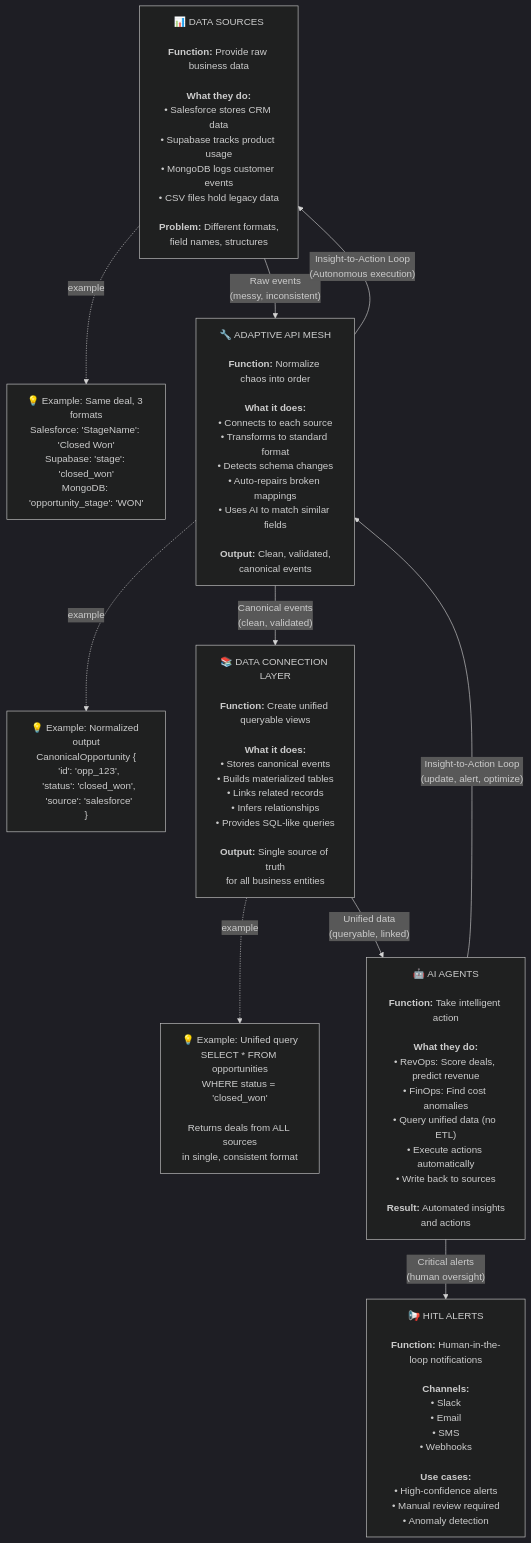
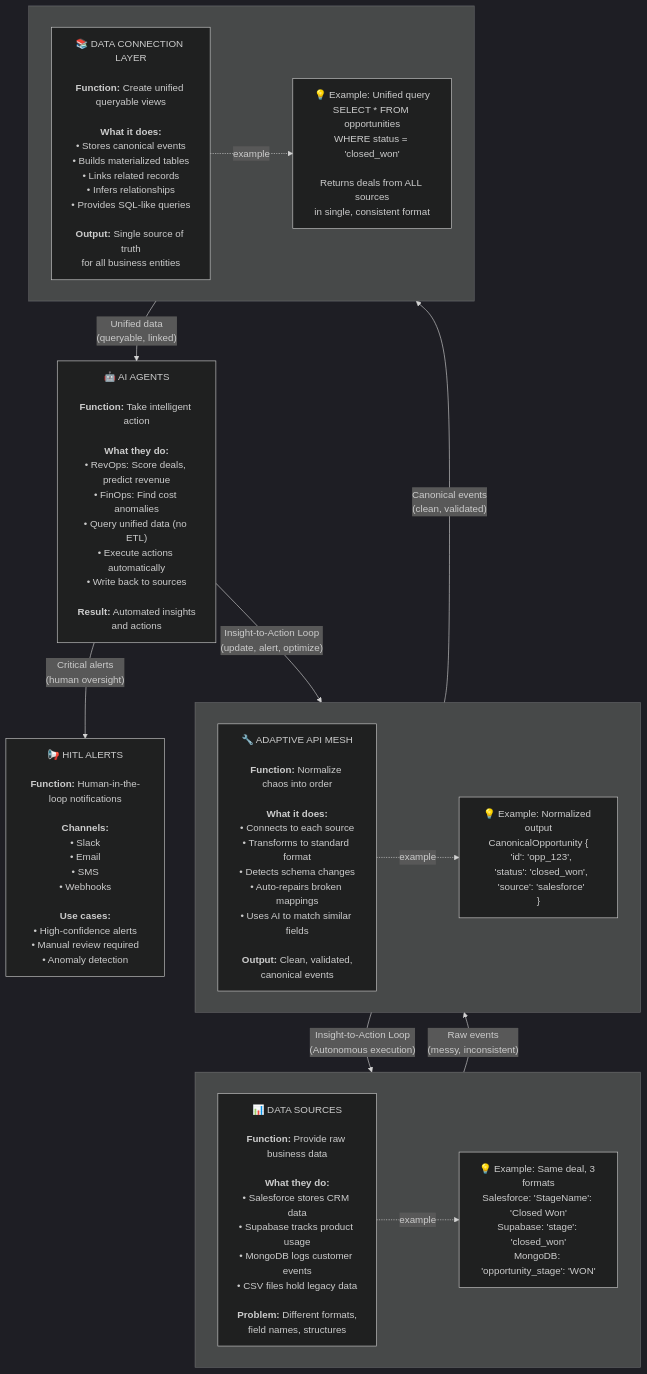
Before and after one commit to ilyacantor/autonomos-platform: the first of 9 diagrams in ARCHITECTURE.md, drawn with Mermaid (dark theme). The commit also changed 1 other file, not shown here.

Commit message:
Organize architecture diagram elements into visual layers
Refactors ARCHITECTURE.md and static/architecture.html to group related flowchart elements within subgraphs, improving visual organization of the architecture diagram.

Replit-Commit-Author: Agent
Replit-Commit-Session-Id: 64179410-7104-402f-9246-00d468411b94
Replit-Commit-Checkpoint-Type: full_checkpoint
Replit-Commit-Event-Id: cf1c5336-05b6-4639-b030-658512c3e747

````diff
--- a/ARCHITECTURE.md
+++ b/ARCHITECTURE.md
@@ -21,29 +21,34 @@
 ```mermaid
 flowchart TB
-    DS["📊 DATA SOURCES<br/><br/><b>Function:</b> Provide raw business data<br/><br/><b>What they do:</b><br/>• Salesforce stores CRM data<br/>• Supabase tracks product usage<br/>• MongoDB logs customer events<br/>• CSV files hold legacy data<br/><br/><b>Problem:</b> Different formats,<br/>field names, structures"]
+    subgraph layer1[" "]
+        direction LR
+        DS["📊 DATA SOURCES<br/><br/><b>Function:</b> Provide raw business data<br/><br/><b>What they do:</b><br/>• Salesforce stores CRM data<br/>• Supabase tracks product usage<br/>• MongoDB logs customer events<br/>• CSV files hold legacy data<br/><br/><b>Problem:</b> Different formats,<br/>field names, structures"]
+        DS_EX["💡 Example: Same deal, 3 formats<br/>Salesforce: 'StageName': 'Closed Won'<br/>Supabase: 'stage': 'closed_won'<br/>MongoDB: 'opportunity_stage': 'WON'"]
+        DS -.->|"example"| DS_EX
+    end
     
-    DS_EX["💡 Example: Same deal, 3 formats<br/>Salesforce: 'StageName': 'Closed Won'<br/>Supabase: 'stage': 'closed_won'<br/>MongoDB: 'opportunity_stage': 'WON'"]
+    subgraph layer2[" "]
+        direction LR
+        AAM["🔧 ADAPTIVE API MESH<br/><br/><b>Function:</b> Normalize chaos into order<br/><br/><b>What it does:</b><br/>• Connects to each source<br/>• Transforms to standard format<br/>• Detects schema changes<br/>• Auto-repairs broken mappings<br/>• Uses AI to match similar fields<br/><br/><b>Output:</b> Clean, validated,<br/>canonical events"]
+        AAM_EX["💡 Example: Normalized output<br/>CanonicalOpportunity {<br/>  'id': 'opp_123',<br/>  'status': 'closed_won',<br/>  'source': 'salesforce'<br/>}"]
+        AAM -.->|"example"| AAM_EX
+    end
     
-    AAM["🔧 ADAPTIVE API MESH<br/><br/><b>Function:</b> Normalize chaos into order<br/><br/><b>What it does:</b><br/>• Connects to each source<br/>• Transforms to standard format<br/>• Detects schema changes<br/>• Auto-repairs broken mappings<br/>• Uses AI to match similar fields<br/><br/><b>Output:</b> Clean, validated,<br/>canonical events"]
-    
-    AAM_EX["💡 Example: Normalized output<br/>CanonicalOpportunity {<br/>  'id': 'opp_123',<br/>  'status': 'closed_won',<br/>  'source': 'salesforce'<br/>}"]
-    
-    DCL["📚 DATA CONNECTION LAYER<br/><br/><b>Function:</b> Create unified queryable views<br/><br/><b>What it does:</b><br/>• Stores canonical events<br/>• Builds materialized tables<br/>• Links related records<br/>• Infers relationships<br/>• Provides SQL-like queries<br/><br/><b>Output:</b> Single source of truth<br/>for all business entities"]
-    
-    DCL_EX["💡 Example: Unified query<br/>SELECT * FROM opportunities<br/>WHERE status = 'closed_won'<br/><br/>Returns deals from ALL sources<br/>in single, consistent format"]
+    subgraph layer3[" "]
+        direction LR
+        DCL["📚 DATA CONNECTION LAYER<br/><br/><b>Function:</b> Create unified queryable views<br/><br/><b>What it does:</b><br/>• Stores canonical events<br/>• Builds materialized tables<br/>• Links related records<br/>• Infers relationships<br/>• Provides SQL-like queries<br/><br/><b>Output:</b> Single source of truth<br/>for all business entities"]
+        DCL_EX["💡 Example: Unified query<br/>SELECT * FROM opportunities<br/>WHERE status = 'closed_won'<br/><br/>Returns deals from ALL sources<br/>in single, consistent format"]
+        DCL -.->|"example"| DCL_EX
+    end
     
     AGENTS["🤖 AI AGENTS<br/><br/><b>Function:</b> Take intelligent action<br/><br/><b>What they do:</b><br/>• RevOps: Score deals, predict revenue<br/>• FinOps: Find cost anomalies<br/>• Query unified data (no ETL)<br/>• Execute actions automatically<br/>• Write back to sources<br/><br/><b>Result:</b> Automated insights<br/>and actions"]
     
     HITL["📢 HITL ALERTS<br/><br/><b>Function:</b> Human-in-the-loop notifications<br/><br/><b>Channels:</b><br/>• Slack<br/>• Email<br/>• SMS<br/>• Webhooks<br/><br/><b>Use cases:</b><br/>• High-confidence alerts<br/>• Manual review required<br/>• Anomaly detection"]
-    
-    DS -.->|"example"| DS_EX
-    AAM -.->|"example"| AAM_EX
-    DCL -.->|"example"| DCL_EX
     
     DS -->|"Raw events<br/>(messy, inconsistent)"| AAM
     AAM -->|"Canonical events<br/>(clean, validated)"| DCL
     DCL -->|"Unified data<br/>(queryable, linked)"| AGENTS
     AGENTS -->|"Insight-to-Action Loop<br/>(update, alert, optimize)"| AAM
     AAM -->|"Insight-to-Action Loop<br/>(Autonomous execution)"| DS
     AGENTS -->|"Critical alerts<br/>(human oversight)"| HITL
 ```
````
